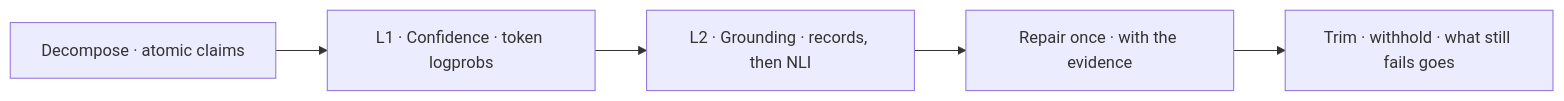
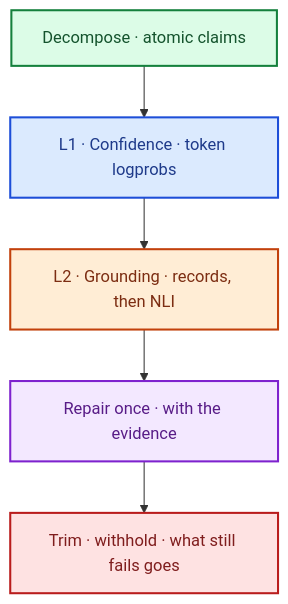
The first of 2 diagrams in content/en/docs/agentic_ai/hallucination_checks.md (kk-engineer/robosathi), drawn with Mermaid before and after one commit. The commit also changed 15 other files, not shown here.

First line of the commit message:
perf: Lighter pages and on-demand loading; legible flow diagrams

````diff
--- a/content/en/docs/agentic_ai/hallucination_checks.md
+++ b/content/en/docs/agentic_ai/hallucination_checks.md
@@ -62,4 +62,15 @@
 ```mermaid
-graph LR
+graph TD
     D["Decompose · atomic claims"] --> L1["L1 · Confidence · token logprobs"] --> L2["L2 · Grounding · records, then NLI"] --> R["Repair once · with the evidence"] --> T["Trim · withhold · what still fails goes"]
+    classDef c1 fill:#dcfce7,stroke:#15803d,stroke-width:2px,color:#14532d
+    classDef c2 fill:#dbeafe,stroke:#1d4ed8,stroke-width:2px,color:#1e3a8a
+    classDef c3 fill:#ffedd5,stroke:#c2410c,stroke-width:2px,color:#7c2d12
+    classDef c4 fill:#f3e8ff,stroke:#7e22ce,stroke-width:2px,color:#581c87
+    classDef c5 fill:#fee2e2,stroke:#b91c1c,stroke-width:2px,color:#7f1d1d
+    classDef c6 fill:#ccfbf1,stroke:#0f766e,stroke-width:2px,color:#134e4a
+    class D c1
+    class L1 c2
+    class L2 c3
+    class R c4
+    class T c5
 ```
````
